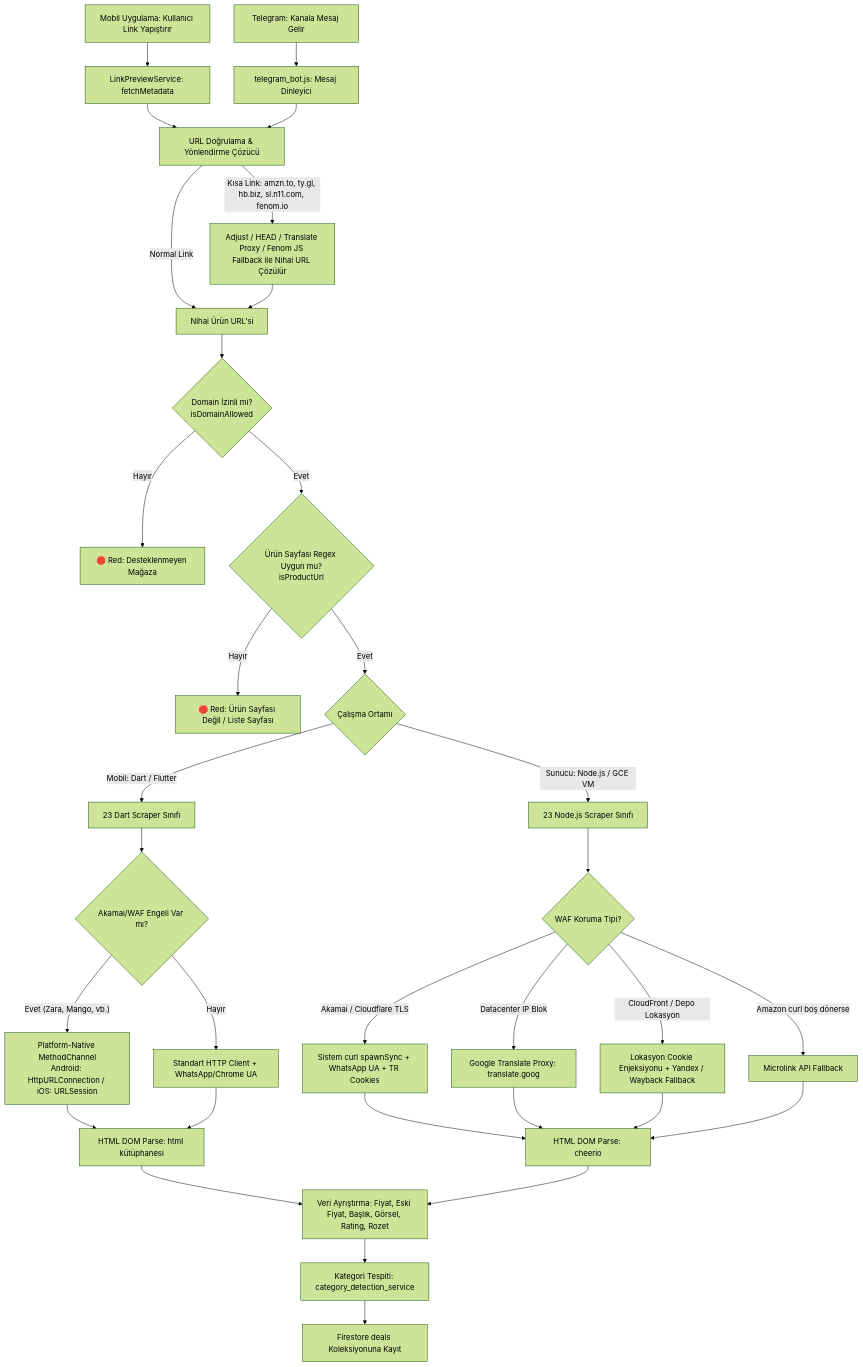
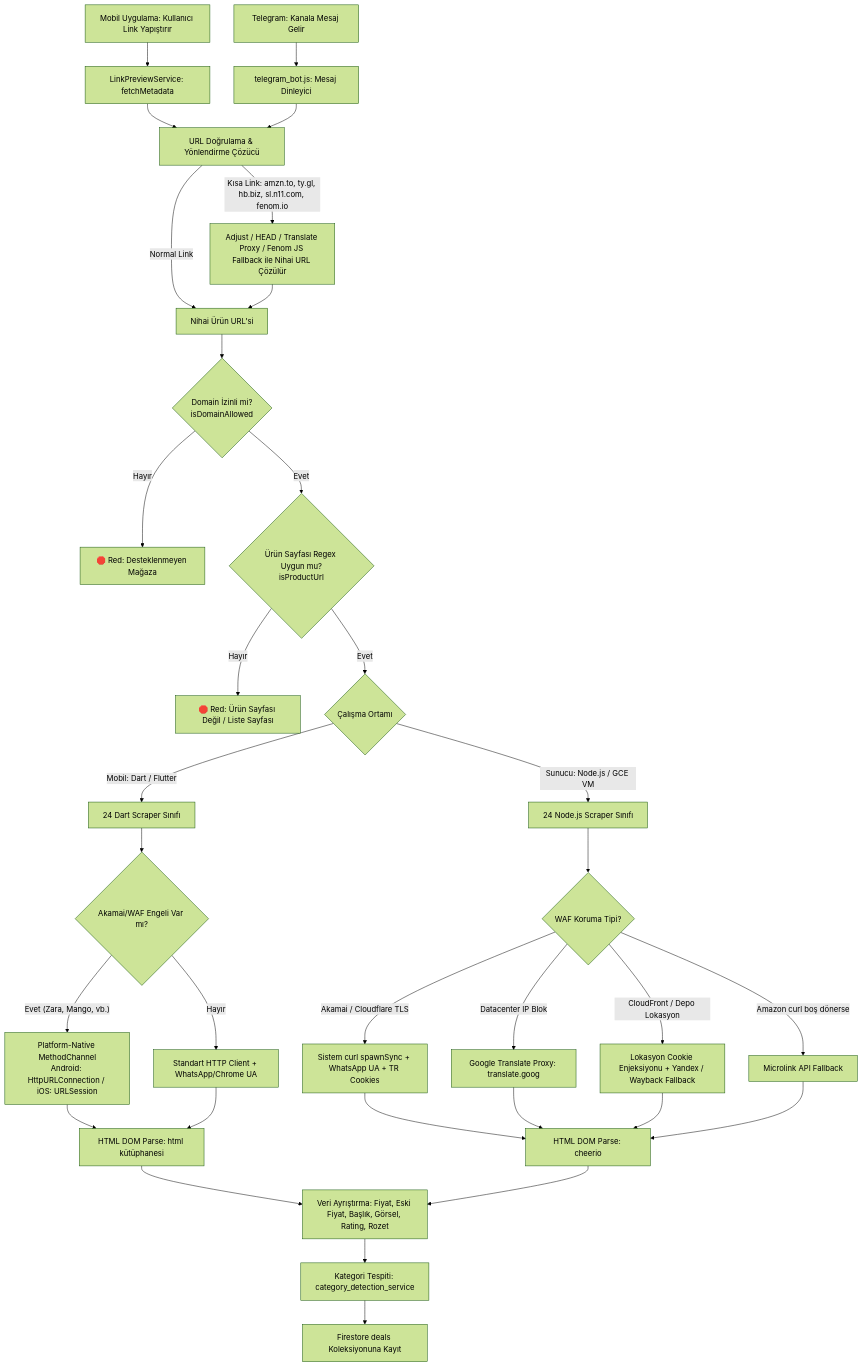
One commit to gky61/s-cak-f-rsatlar changed the first of 2 diagrams in documentation/scraping-ve-botlar/scraping_mimarisi_rehberi.md. Above: the diagram before and after it, drawn with Mermaid (forest theme). The commit also changed other lines of this file and 49 other files, not shown here.

````diff
--- a/documentation/scraping-ve-botlar/scraping_mimarisi_rehberi.md
+++ b/documentation/scraping-ve-botlar/scraping_mimarisi_rehberi.md
@@ -38,49 +38,49 @@
 ```mermaid
 graph TD
     %% Giriş Noktaları
     A1[Mobil Uygulama: Kullanıcı Link Yapıştırır] --> B1[LinkPreviewService: fetchMetadata]
     A2[Telegram: Kanala Mesaj Gelir] --> B2[telegram_bot.js: Mesaj Dinleyici]
     
     %% URL Çözümleme
     B1 --> C[URL Doğrulama & Yönlendirme Çözücü]
     B2 --> C
     
     C -->|Kısa Link: amzn.to, ty.gl, hb.biz, sl.n11.com, fenom.io| D[Adjust / HEAD / Translate Proxy / Fenom JS Fallback ile Nihai URL Çözülür]
     C -->|Normal Link| E[Nihai Ürün URL'si]
     D --> E
     
     %% İzin ve Kural Kontrolleri
     E --> F{Domain İzinli mi?\nisDomainAllowed}
     F -- Hayır --> X1[🛑 Red: Desteklenmeyen Mağaza]
     F -- Evet --> G{Ürün Sayfası Regex Uygun mu?\nisProductUrl}
     G -- Hayır --> X2[🛑 Red: Ürün Sayfası Değil / Liste Sayfası]
     
     %% Motor Seçimi
     G -- Evet --> H{Çalışma Ortamı}
     
     %% İstemci Motoru
-    H -->|Mobil: Dart / Flutter| I[23 Dart Scraper Sınıfı]
+    H -->|Mobil: Dart / Flutter| I[24 Dart Scraper Sınıfı]
     I --> J{Akamai/WAF Engeli Var mı?}
     J -- Evet (Zara, Mango, vb.) --> K[Platform-Native MethodChannel\nAndroid: HttpURLConnection / iOS: URLSession]
     J -- Hayır --> L[Standart HTTP Client + WhatsApp/Chrome UA]
     K --> M[HTML DOM Parse: html kütüphanesi]
     L --> M
     
     %% Sunucu Motoru
-    H -->|Sunucu: Node.js / GCE VM| N[23 Node.js Scraper Sınıfı]
+    H -->|Sunucu: Node.js / GCE VM| N[24 Node.js Scraper Sınıfı]
     N --> O{WAF Koruma Tipi?}
     O -->|Akamai / Cloudflare TLS| P[Sistem curl spawnSync + WhatsApp UA + TR Cookies]
     O -->|Datacenter IP Blok| Q[Google Translate Proxy: translate.goog]
     O -->|CloudFront / Depo Lokasyon| R[Lokasyon Cookie Enjeksiyonu + Yandex / Wayback Fallback]
     O -->|Amazon curl boş dönerse| S[Microlink API Fallback]
     P --> T[HTML DOM Parse: cheerio]
     Q --> T
     R --> T
     S --> T
     
     %% Ortak Zenginleştirme
     M --> U[Veri Ayrıştırma: Fiyat, Eski Fiyat, Başlık, Görsel, Rating, Rozet]
     T --> U
     U --> V[Kategori Tespiti: category_detection_service]
     V --> W[Firestore deals Koleksiyonuna Kayıt]
 ```
````
